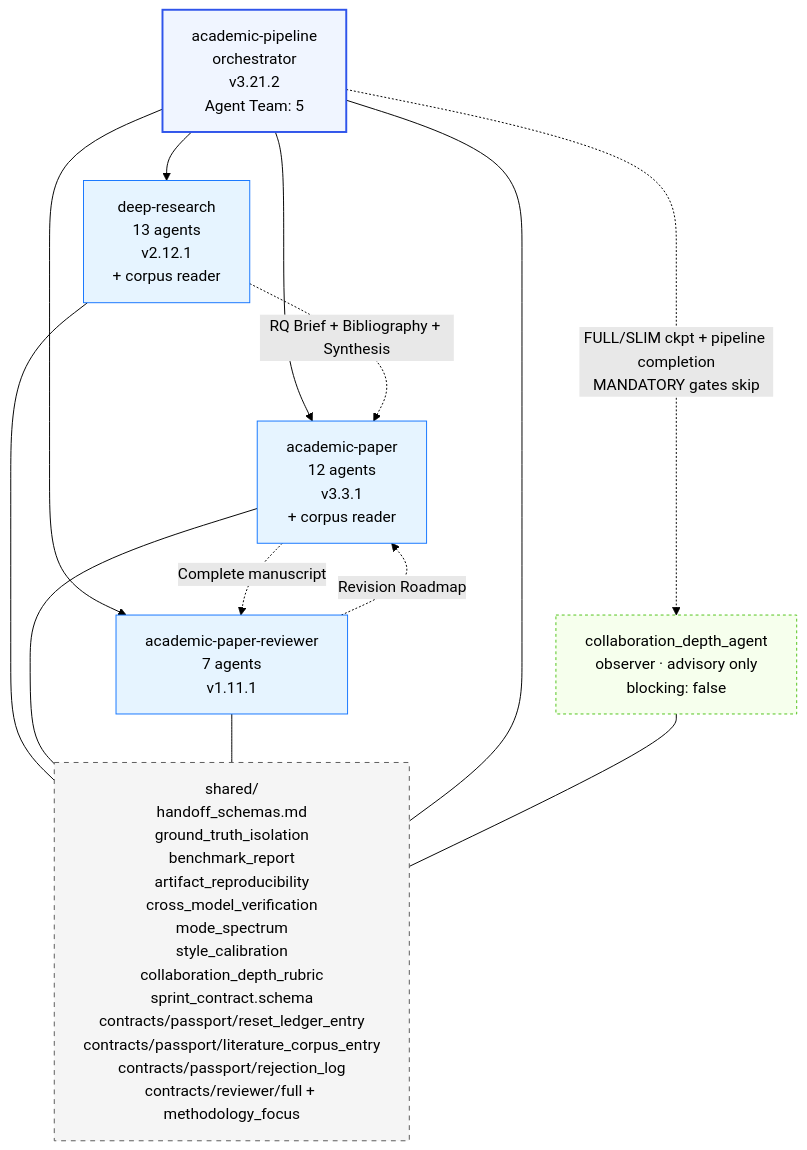
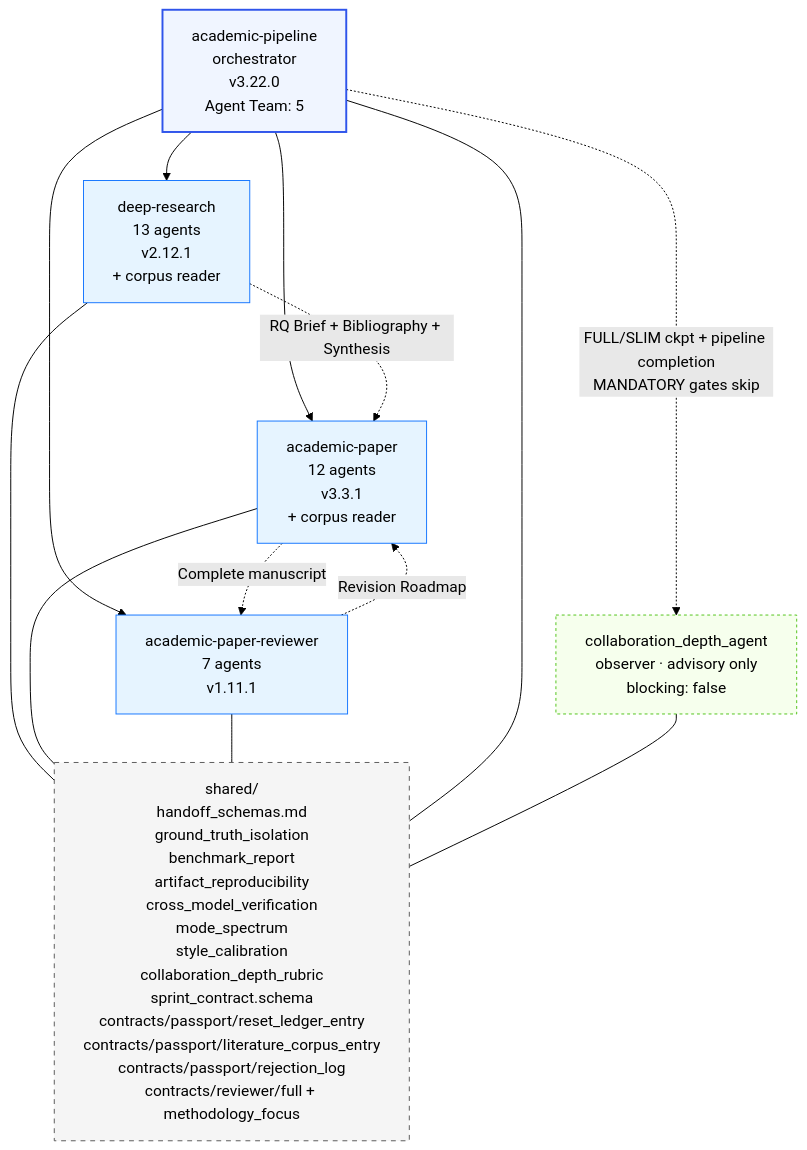
One commit to viseshrp/ai-skills-archive changed the fourth of 5 diagrams in archives/Imbad0202__academic-research-skills/snapshot/docs/ARCHITECTURE.md. Above: the diagram before and after it, drawn with Mermaid (forest theme). The commit also changed other lines of this file and 169 other files, not shown here.

````diff
--- a/archives/Imbad0202__academic-research-skills/snapshot/docs/ARCHITECTURE.md
+++ b/archives/Imbad0202__academic-research-skills/snapshot/docs/ARCHITECTURE.md
@@ -218,31 +218,31 @@
 ```mermaid
 graph TD
-    Pipeline[academic-pipeline<br/>orchestrator<br/>v3.21.2<br/>Agent Team: 5]
+    Pipeline[academic-pipeline<br/>orchestrator<br/>v3.22.0<br/>Agent Team: 5]
     Observer[collaboration_depth_agent<br/>observer · advisory only<br/>blocking: false]
     DR[deep-research<br/>13 agents<br/>v2.12.1<br/>+ corpus reader]
     AP[academic-paper<br/>12 agents<br/>v3.3.1<br/>+ corpus reader]
     APR[academic-paper-reviewer<br/>7 agents<br/>v1.11.1]
     Shared[shared/<br/>handoff_schemas.md<br/>ground_truth_isolation<br/>benchmark_report<br/>artifact_reproducibility<br/>cross_model_verification<br/>mode_spectrum<br/>style_calibration<br/>collaboration_depth_rubric<br/>sprint_contract.schema<br/>contracts/passport/reset_ledger_entry<br/>contracts/passport/literature_corpus_entry<br/>contracts/passport/rejection_log<br/>contracts/reviewer/full + methodology_focus]
 
     Pipeline --> DR
     Pipeline --> AP
     Pipeline --> APR
     Pipeline -. "FULL/SLIM ckpt + pipeline completion<br/>MANDATORY gates skip" .-> Observer
     DR -. "RQ Brief + Bibliography + Synthesis" .-> AP
     AP -. "Complete manuscript" .-> APR
     APR -. "Revision Roadmap" .-> AP
     DR --- Shared
     AP --- Shared
     APR --- Shared
     Pipeline --- Shared
     Observer --- Shared
 
     classDef orch fill:#f0f5ff,stroke:#2f54eb,stroke-width:2px
     classDef skill fill:#e6f4ff,stroke:#1677ff
     classDef shared fill:#f5f5f5,stroke:#595959,stroke-dasharray:5 5
     classDef observer fill:#f6ffed,stroke:#52c41a,stroke-dasharray:3 3
     class Pipeline orch
     class DR,AP,APR skill
     class Shared shared
     class Observer observer
 ```
````
